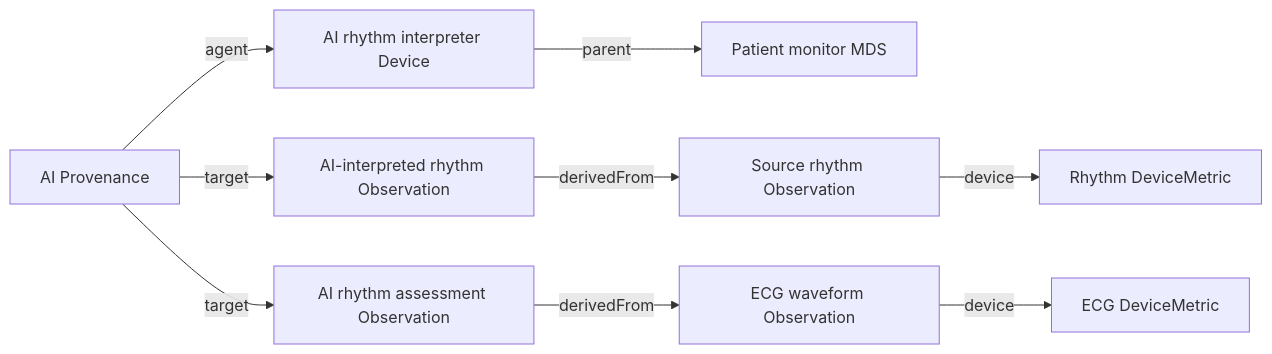
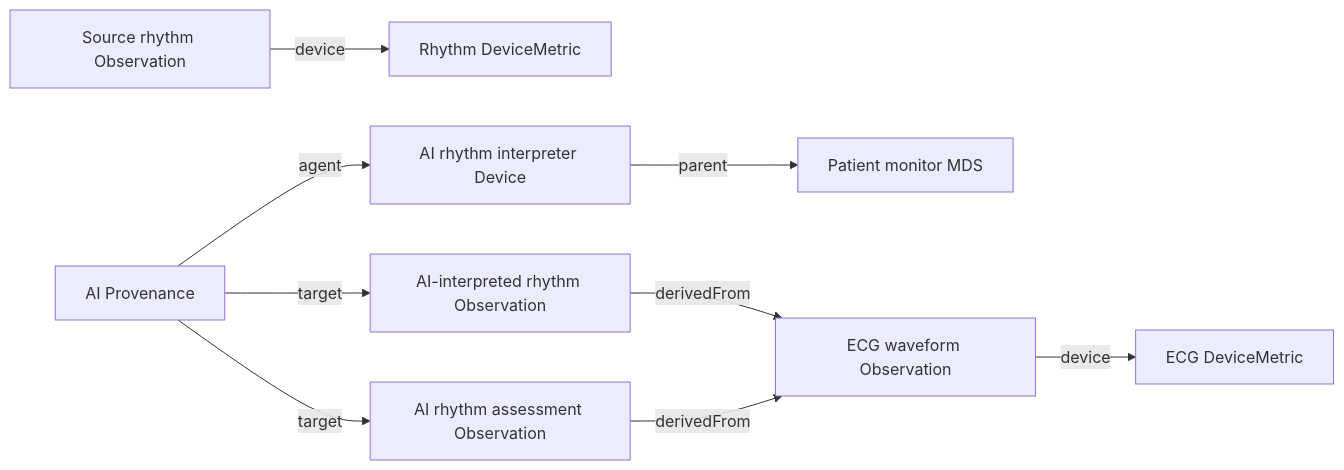
Before and after one commit to HL7/uv-pocd: the diagram in input/pagecontent/ai-transparency.md, drawn with Mermaid. The commit also changed other lines of this file and 6 other files, not shown here.

````diff
--- a/input/pagecontent/ai-transparency.md
+++ b/input/pagecontent/ai-transparency.md
@@ -9,11 +9,11 @@
 ```mermaid
 flowchart LR
     AI[AI rhythm interpreter Device] -->|parent| MDS[Patient monitor MDS]
     ECG[ECG waveform Observation] -->|device| ECGMetric[ECG DeviceMetric]
     Rhythm[Source rhythm Observation] -->|device| RhythmMetric[Rhythm DeviceMetric]
-    AIInterpretation[AI-interpreted rhythm Observation] -->|derivedFrom| Rhythm
+    AIInterpretation[AI-interpreted rhythm Observation] -->|derivedFrom| ECG
     AIAssessment[AI rhythm assessment Observation] -->|derivedFrom| ECG
     Provenance[AI Provenance] -->|agent| AI
     Provenance -->|target| AIInterpretation
     Provenance -->|target| AIAssessment
 ```
````
